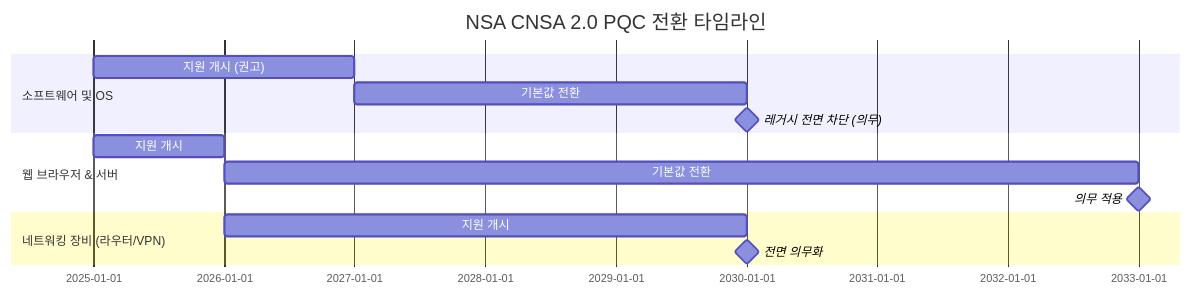
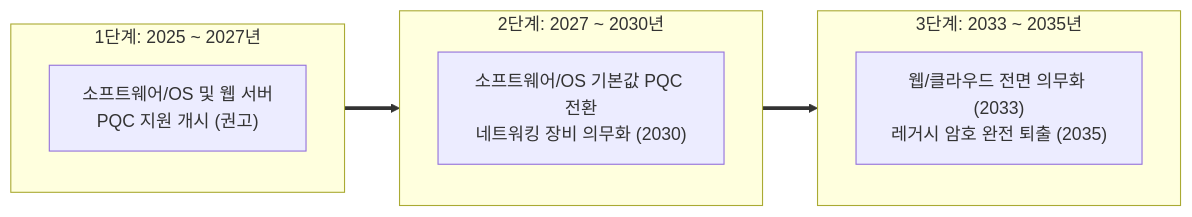
The third of 3 diagrams in docs/ko/03-pqc-primitives/03-security-levels.md (auking45/applied-pqc-lab), drawn with Mermaid before and after one commit. The commit also changed other lines of this file and 2 other files, not shown here.

Commit message:
fix(docs): enhance HNDL and CNSA diagrams contrast for dark mode
- Replace timeline/gantt with high-contrast flowchart diagrams in 03-security-levels.md (KO/EN)
- Add comprehensive dark-mode CSS text and edge fill rules in extra.css for Mermaid SVG elements
- Ensure 100% legibility in both light and dark (slate) Material for MkDocs color schemes

````diff
--- a/docs/ko/03-pqc-primitives/03-security-levels.md
+++ b/docs/ko/03-pqc-primitives/03-security-levels.md
@@ -88,16 +97,16 @@
 ```mermaid
-gantt
-    title NSA CNSA 2.0 PQC 전환 타임라인
-    dateFormat  YYYY
-    section 소프트웨어 및 OS
-    지원 개시 (권고)       :2025, 2027
-    기본값 전환            :2027, 2030
-    레거시 전면 차단 (의무) :milestone, 2030, 2030
-    section 웹 브라우저 & 서버
-    지원 개시              :2025, 2026
-    기본값 전환            :2026, 2033
-    의무 적용              :milestone, 2033, 2033
-    section 네트워킹 장비 (라우터/VPN)
-    지원 개시              :2026, 2030
-    전면 의무화            :milestone, 2030, 2030
+flowchart LR
+    subgraph S1 ["1단계: 2025 ~ 2027년"]
+        A1["소프트웨어/OS 및 웹 서버<br>PQC 지원 개시 (권고)"]
+    end
+
+    subgraph S2 ["2단계: 2027 ~ 2030년"]
+        A2["소프트웨어/OS 기본값 PQC 전환<br>네트워킹 장비 의무화 (2030)"]
+    end
+
+    subgraph S3 ["3단계: 2033 ~ 2035년"]
+        A3["웹/클라우드 전면 의무화 (2033)<br>레거시 암호 완전 퇴출 (2035)"]
+    end
+
+    S1 ==> S2 ==> S3
 ```
````
